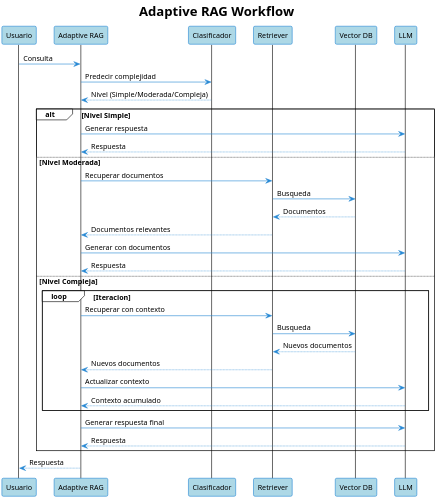
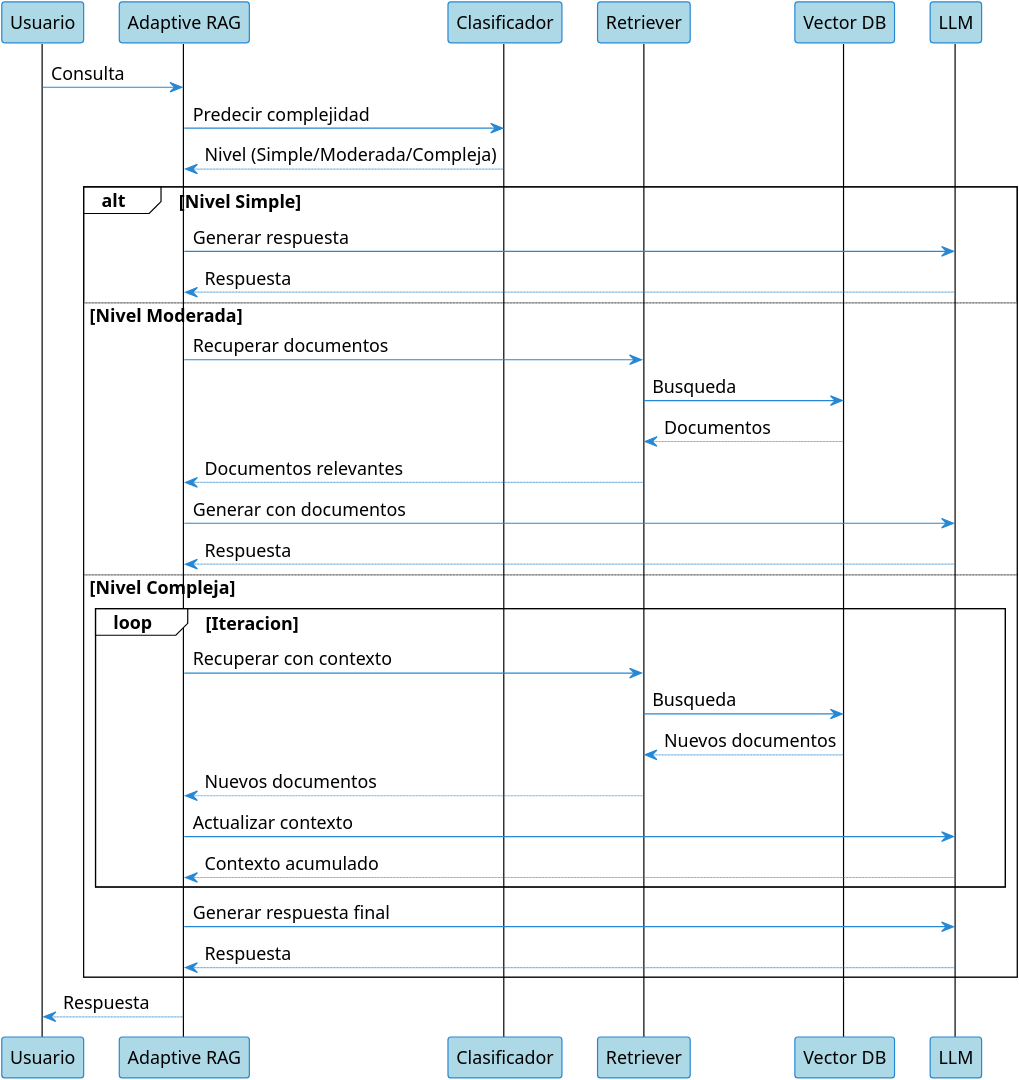
Before and after one commit to carloss4dv/langagent: the diagram in diagrams/adaptive_rag.puml, drawn with PlantUML. The commit also changed 68 other files, not shown here.

```diff
--- a/diagrams/adaptive_rag.puml
+++ b/diagrams/adaptive_rag.puml
@@ -1,61 +1,59 @@
 @startuml "Workflow de Adaptive RAG"
 ' Mejora la legibilidad y la calidad de la imagen para documentos.
 !theme plain
 skinparam {
-    dpi 300
+    dpi 600
     shadowing false
     backgroundColor transparent
     defaultFontName "Arial"
-    defaultFontSize 12
+    defaultFontSize 15
 
     sequence {
         participantBorderColor #2688d4
         participantBackgroundColor #add8e6
         actorBorderColor #2688d4
         actorBackgroundColor #ffdead
     }
 
     arrow {
         color #2688d4
     }
 }
-
-title Adaptive RAG Workflow
 
 participant "Usuario" as User
 participant "Adaptive RAG" as System
 participant "Clasificador" as Class
 participant "Retriever" as Ret
 participant "Vector DB" as DB
 participant "LLM" as Gen
 
 User -> System: Consulta
 System -> Class: Predecir complejidad
 Class --> System: Nivel (Simple/Moderada/Compleja)
 
 alt Nivel Simple
     System -> Gen: Generar respuesta
     Gen --> System: Respuesta
 else Nivel Moderada
     System -> Ret: Recuperar documentos
     Ret -> DB: Busqueda
     DB --> Ret: Documentos
     Ret --> System: Documentos relevantes
     System -> Gen: Generar con documentos
     Gen --> System: Respuesta
 else Nivel Compleja
     loop Iteracion
         System -> Ret: Recuperar con contexto
         Ret -> DB: Busqueda
         DB --> Ret: Nuevos documentos
         Ret --> System: Nuevos documentos
         System -> Gen: Actualizar contexto
         Gen --> System: Contexto acumulado
     end
     System -> Gen: Generar respuesta final
     Gen --> System: Respuesta
 end
 
 System --> User: Respuesta
 
 @enduml
```
